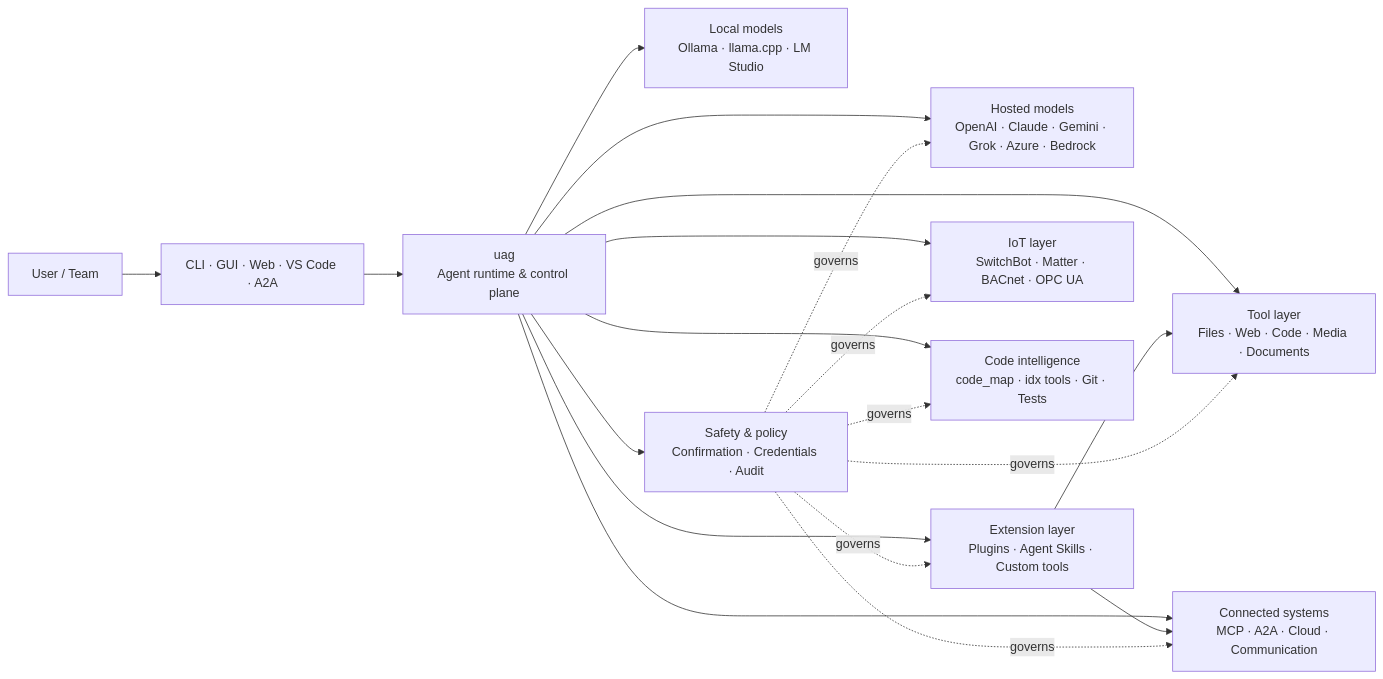
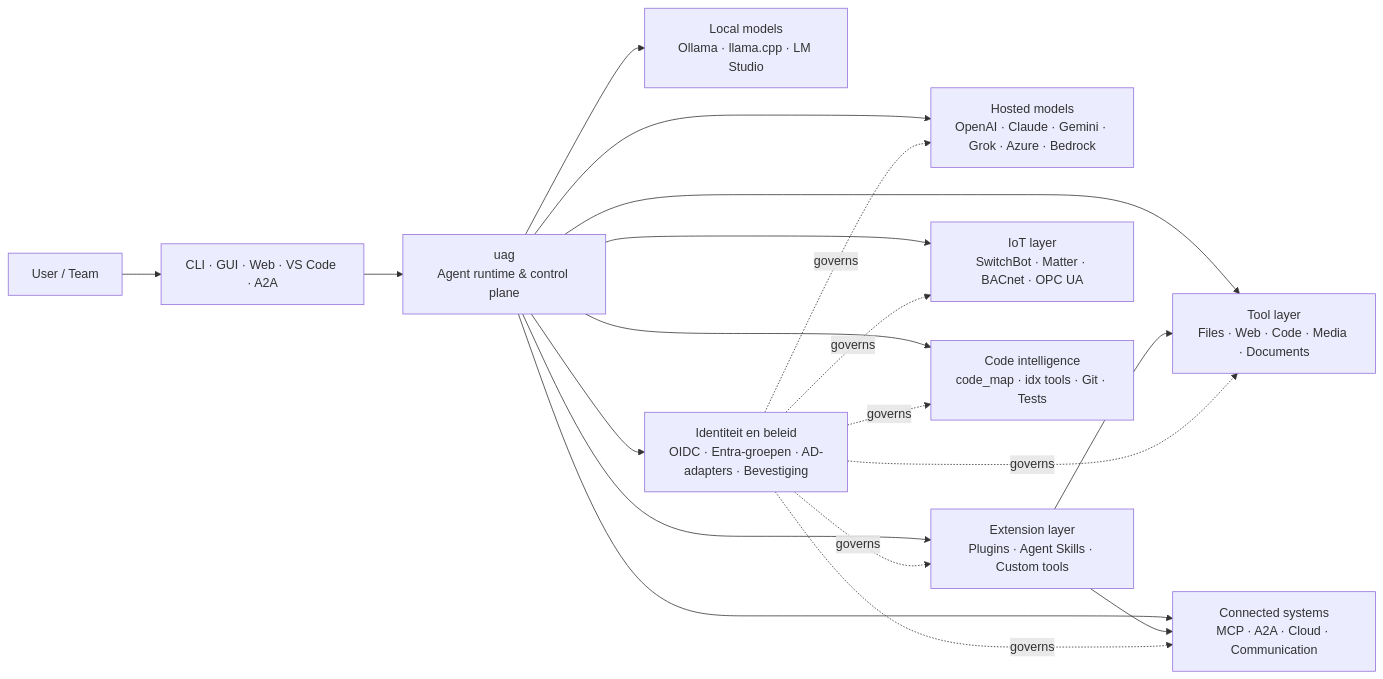
The diagram in docs/README.nl.md (awaku7/agentcli), drawn with Mermaid before and after one commit. The commit also changed other lines of this file and 37 other files, not shown here.

````diff
--- a/docs/README.nl.md
+++ b/docs/README.nl.md
@@ -52,33 +52,33 @@
 ```mermaid
 flowchart LR
     U[User / Team]
     I[CLI · GUI · Web · VS Code · A2A]
     G[uag<br/>Agent runtime & control plane]
     P[Hosted models<br/>OpenAI · Claude · Gemini · Grok · Azure · Bedrock]
     L[Local models<br/>Ollama · llama.cpp · LM Studio]
     T[Tool layer<br/>Files · Web · Code · Media · Documents]
     E[Extension layer<br/>Plugins · Agent Skills · Custom tools]
     X[Connected systems<br/>MCP · A2A · Cloud · Communication]
     D[IoT layer<br/>SwitchBot · Matter · BACnet · OPC UA]
     R[Code intelligence<br/>code_map · idx tools · Git · Tests]
-    S[Safety & policy<br/>Confirmation · Credentials · Audit]
+    S[Identiteit en beleid<br/>OIDC · Entra-groepen · AD-adapters · Bevestiging]
 
     U --> I
     I --> G
     G --> P
     G --> L
     G --> T
     G --> E
     G --> X
     G --> D
     G --> R
     G --> S
     E --> T
     E --> X
     S -. governs .-> P
     S -. governs .-> T
     S -. governs .-> E
     S -. governs .-> X
     S -. governs .-> D
     S -. governs .-> R
 ```
````
